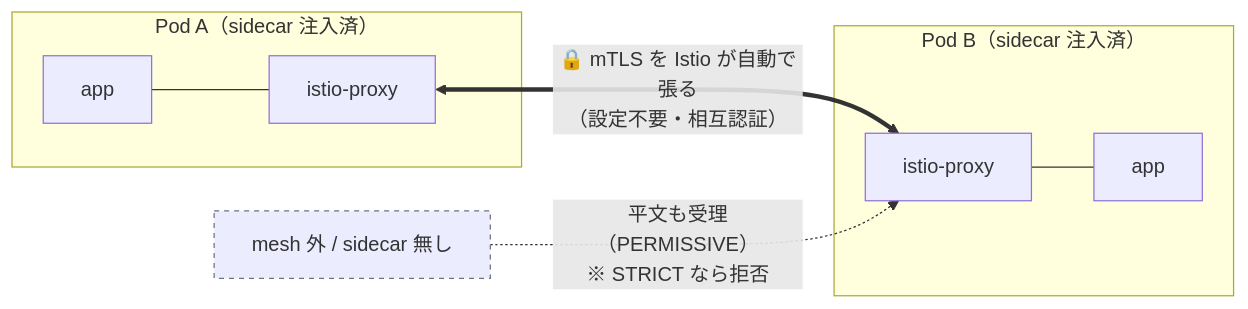
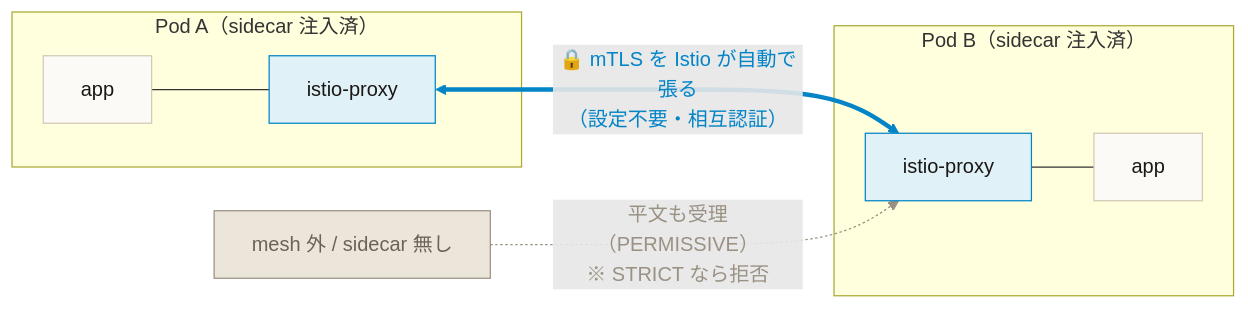
One commit to yu-min3/kensan-lab changed the fourth of 4 diagrams in kubernetes/network/README.md. Above: the diagram before and after it, drawn with Mermaid. The commit also changed other lines of this file, not shown here.

Commit message:
docs(network): 設計思想(2エンジン×ZT)+役割分担図 追加・Whetstone配色で最終化

````diff
--- a/kubernetes/network/README.md
+++ b/kubernetes/network/README.md
@@ -71,16 +113,21 @@
 ```mermaid
 flowchart LR
     subgraph P1["Pod A（sidecar 注入済）"]
         App1[app] --- SC1[istio-proxy]
     end
     subgraph P2["Pod B（sidecar 注入済）"]
         SC2[istio-proxy] --- App2[app]
     end
     Out["mesh 外 / sidecar 無し"]
 
     SC1 <==>|"🔒 mTLS を Istio が自動で張る<br/>（設定不要・相互認証）"| SC2
     Out -.->|"平文も受理（PERMISSIVE）<br/>※ STRICT なら拒否"| SC2
 
-    classDef plain stroke:#6b7280,stroke-dasharray:4
+    classDef default fill:#FCFAF6,stroke:#D2C9B5,color:#1A1714
+    classDef proxy fill:#E0F1F8,stroke:#0284C7,color:#1A1714
+    classDef plain fill:#ECE6DA,stroke:#9A9183,color:#6B6358
+    class SC1,SC2 proxy
     class Out plain
+    linkStyle 2 stroke:#0284C7,color:#0284C7
+    linkStyle 3 stroke:#9A9183,color:#9A9183
 ```
````
